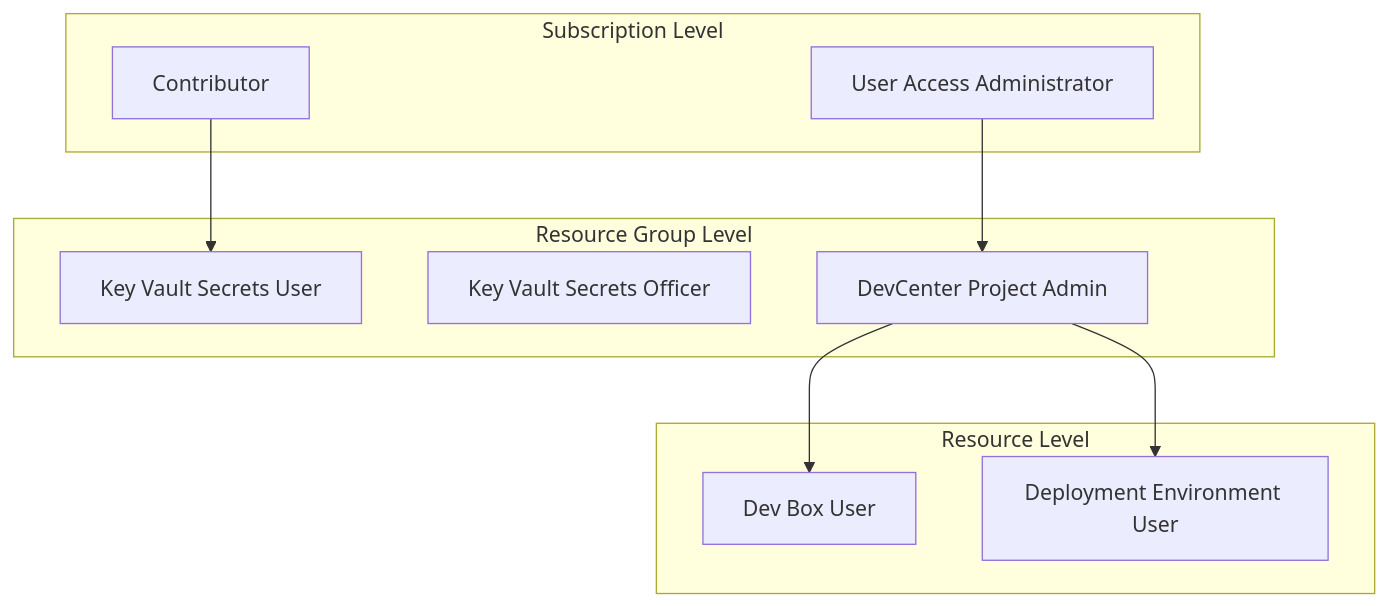
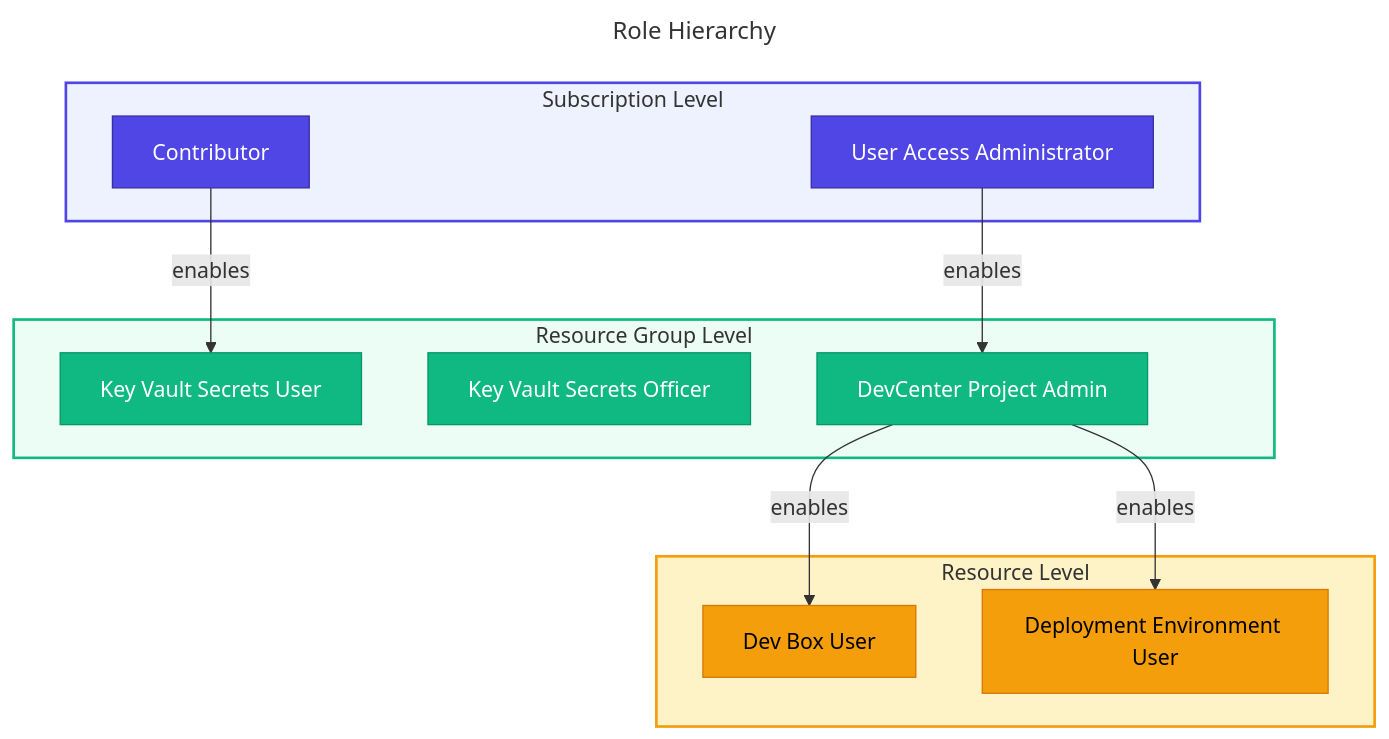
The sixth of 14 diagrams in docs/architecture/04-technology-architecture.md (Evilazaro/DevExp-DevBox), drawn with Mermaid before and after one commit. The commit also changed other lines of this file, not shown here.

Commit message:
Refactor identity and role diagrams to enhance clarity and detail in the technology architecture documentation

````diff
--- a/docs/architecture/04-technology-architecture.md
+++ b/docs/architecture/04-technology-architecture.md
@@ -559,23 +583,45 @@
 ```mermaid
+---
+title: Role Hierarchy
+---
 flowchart TD
+    %% ===== STYLE DEFINITIONS =====
+    classDef primary fill:#4F46E5,stroke:#3730A3,color:#FFFFFF
+    classDef secondary fill:#10B981,stroke:#059669,color:#FFFFFF
+    classDef datastore fill:#F59E0B,stroke:#D97706,color:#000000
+
+    %% ===== SUBSCRIPTION LEVEL =====
     subgraph Subscription["Subscription Level"]
-        CONTRIB[Contributor]
-        UAA[User Access Administrator]
+        CONTRIB["Contributor"]
+        UAA["User Access Administrator"]
     end
 
+    %% ===== RESOURCE GROUP LEVEL =====
     subgraph ResourceGroup["Resource Group Level"]
-        KV_USER[Key Vault Secrets User]
-        KV_OFFICER[Key Vault Secrets Officer]
-        PROJ_ADMIN[DevCenter Project Admin]
+        KV_USER["Key Vault Secrets User"]
+        KV_OFFICER["Key Vault Secrets Officer"]
+        PROJ_ADMIN["DevCenter Project Admin"]
     end
 
+    %% ===== RESOURCE LEVEL =====
     subgraph Resource["Resource Level"]
-        DB_USER[Dev Box User]
-        ENV_USER[Deployment Environment User]
+        DB_USER["Dev Box User"]
+        ENV_USER["Deployment Environment User"]
     end
 
-    CONTRIB --> KV_USER
-    UAA --> PROJ_ADMIN
-    PROJ_ADMIN --> DB_USER
-    PROJ_ADMIN --> ENV_USER
+    %% ===== CONNECTIONS =====
+    CONTRIB -->|"enables"| KV_USER
+    UAA -->|"enables"| PROJ_ADMIN
+    PROJ_ADMIN -->|"enables"| DB_USER
+    PROJ_ADMIN -->|"enables"| ENV_USER
+
+    %% ===== APPLY STYLES =====
+    class CONTRIB,UAA primary
+    class KV_USER,KV_OFFICER,PROJ_ADMIN secondary
+    class DB_USER,ENV_USER datastore
+
+    %% ===== SUBGRAPH STYLING =====
+    style Subscription fill:#EEF2FF,stroke:#4F46E5,stroke-width:2px
+    style ResourceGroup fill:#ECFDF5,stroke:#10B981,stroke-width:2px
+    style Resource fill:#FEF3C7,stroke:#F59E0B,stroke-width:2px
 ```
````
